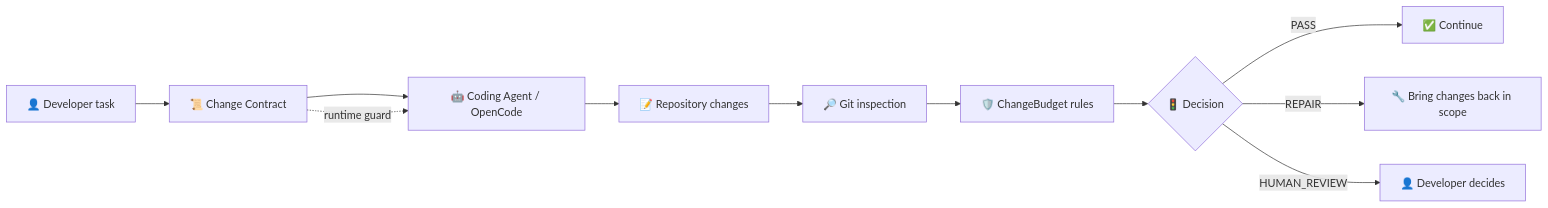
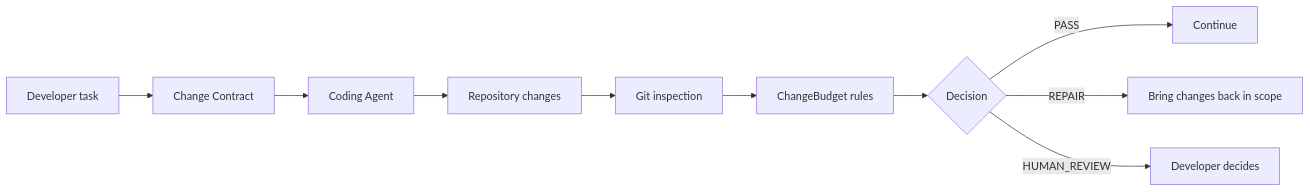
Before and after one commit to Edulynch/Opencode-ChangeBudget: the diagram in README.md, drawn with Mermaid. The commit also changed other lines of this file and 2 other files, not shown here.

````diff
--- a/README.md
+++ b/README.md
@@ -54,14 +201,12 @@
 ```mermaid
 flowchart LR
-    A[👤 Developer task] --> B[📜 Change Contract]
-    B --> C[🤖 Coding Agent / OpenCode]
-    C --> D[📝 Repository changes]
-    D --> E[🔎 Git inspection]
-    E --> F[🛡️ ChangeBudget rules]
-    F --> G{🚦 Decision}
-    G -->|PASS| H[✅ Continue]
-    G -->|REPAIR| I[🔧 Bring changes back in scope]
-    G -->|HUMAN_REVIEW| J[👤 Developer decides]
-
-    B -. runtime guard .-> C
+    A[Developer task] --> B[Change Contract]
+    B --> C[Coding Agent]
+    C --> D[Repository changes]
+    D --> E[Git inspection]
+    E --> F[ChangeBudget rules]
+    F --> G{Decision}
+    G -->|PASS| H[Continue]
+    G -->|REPAIR| I[Bring changes back in scope]
+    G -->|HUMAN_REVIEW| J[Developer decides]
 ```
````
